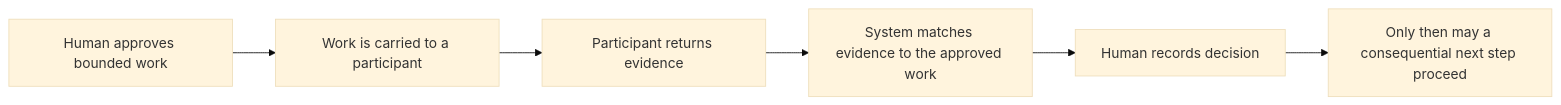
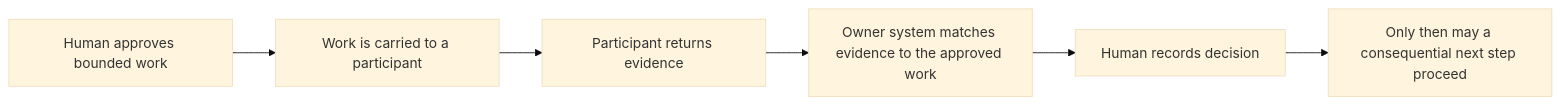
The first of 2 diagrams in docs/use-cases.md (joefeser/hacp), drawn with Mermaid (base theme) before and after one commit. The commit also changed other lines of this file and 1 other file, not shown here.

````diff
--- a/docs/use-cases.md
+++ b/docs/use-cases.md
@@ -36,8 +42,8 @@
 ```mermaid
 flowchart LR
   A["Human approves bounded work"] --> B["Work is carried to a participant"]
   B --> C["Participant returns evidence"]
-  C --> D["System matches evidence to the approved work"]
+  C --> D["Owner system matches evidence to the approved work"]
   D --> E["Human records decision"]
   E --> F["Only then may a consequential next step proceed"]
 ```
````
